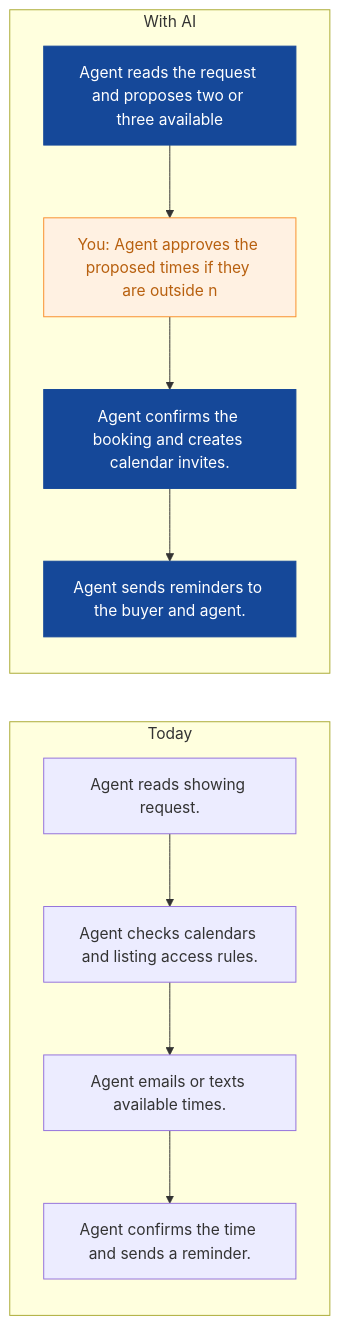
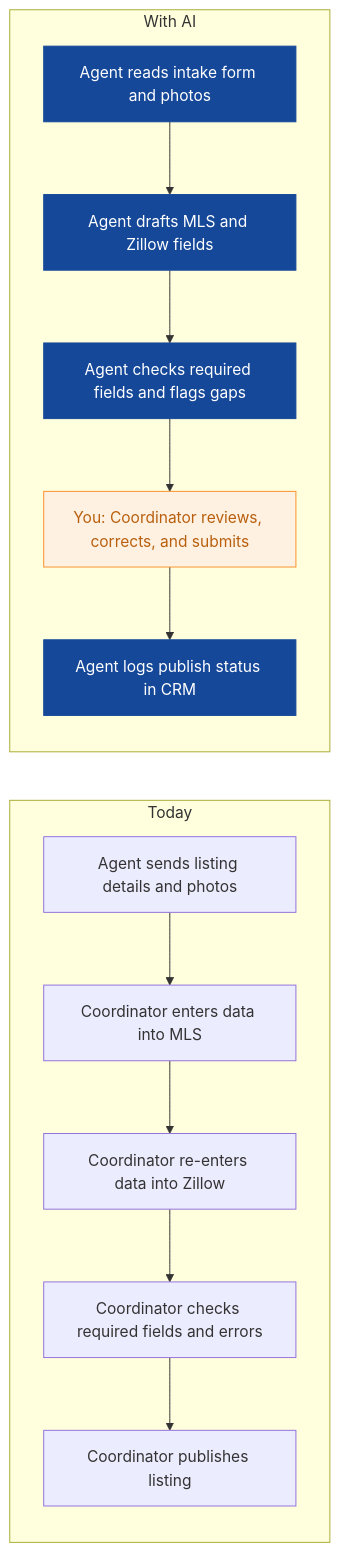
One commit to nexibeo/Complete-AI-Strategy changed the fourth of 9 diagrams in strategies/northpeak-realty.md. Above: the diagram before and after it, drawn with Mermaid. The commit also changed other lines of this file and 26 other files, not shown here.

````diff
--- a/strategies/northpeak-realty.md
+++ b/strategies/northpeak-realty.md
@@ -129,21 +139,23 @@
 ```mermaid
 flowchart LR
   subgraph Today
-    B0["Agent reads showing request."]
-    B1["Agent checks calendars and listing access rules."]
-    B2["Agent emails or texts available times."]
-    B3["Agent confirms the time and sends a reminder."]
-    B0 --> B1 --> B2 --> B3
+    B0["Agent sends listing details and photos"]
+    B1["Coordinator enters data into MLS"]
+    B2["Coordinator re-enters data into Zillow"]
+    B3["Coordinator checks required fields and errors"]
+    B4["Coordinator publishes listing"]
+    B0 --> B1 --> B2 --> B3 --> B4
   end
   subgraph WithAI[With AI]
-    A0["Agent reads the request and proposes two or three available "]
-    A1["You: Agent approves the proposed times if they are outside n"]
-    A2["Agent confirms the booking and creates calendar invites."]
-    A3["Agent sends reminders to the buyer and agent."]
-    A0 --> A1 --> A2 --> A3
+    A0["Agent reads intake form and photos"]
+    A1["Agent drafts MLS and Zillow fields"]
+    A2["Agent checks required fields and flags gaps"]
+    A3["You: Coordinator reviews, corrects, and submits"]
+    A4["Agent logs publish status in CRM"]
+    A0 --> A1 --> A2 --> A3 --> A4
   end
   classDef ai fill:#154899,color:#fff,stroke:#154899
   classDef human fill:#FFF1E2,color:#B8600F,stroke:#F98F2C
-  class A0,A2,A3 ai
-  class A1 human
+  class A0,A1,A2,A4 ai
+  class A3 human
 ```
````
